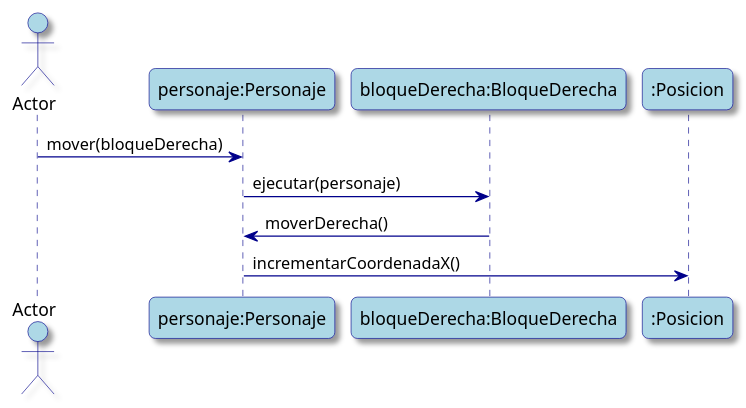
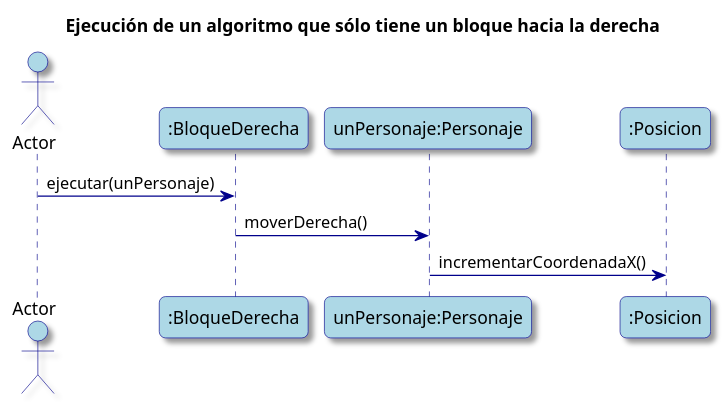
The second of 3 diagrams in diagramas-uml.puml (valva-ro/Algo3-TP2-AlgoBlocks), drawn with PlantUML before and after one commit. The commit also changed other lines of this file, not shown here.

Commit message:
Corregí diagramas-uml.puml

```diff
--- a/diagramas-uml.puml
+++ b/diagramas-uml.puml
@@ -120,31 +136,32 @@
 @startuml
 'Diagrama de secuencia para el caso de ejecución de un algoritmo con un solo bloque de mover a la derecha
 skinparam classAttributeIconSize 0
 skinparam backgroundColor White
 skinparam RoundCorner 10
 skinparam Shadowing true
 skinparam ArrowColor DarkBlue
 skinparam SequenceLifeLineBorderColor DarkBlue
 skinparam SequenceLoopBackgroundColor DarkBlue
 
 skinparam actor {
     BackgroundColor LightBlue
     BorderColor DarkBlue
 }
 
 skinparam participant {
     Bound DarkBlue
     BackgroundColor LightBlue
     BorderColor DarkBlue
 }
 
+title Ejecución de un algoritmo que sólo tiene un bloque hacia la derecha
+
 actor Actor
-participant "personaje:Personaje" as Personaje
-participant "bloqueDerecha:BloqueDerecha" as BloqueDerecha
+participant ":BloqueDerecha" as BloqueDerecha
+participant "unPersonaje:Personaje" as Personaje
 participant ":Posicion" as Posicion
 
-Actor -> Personaje : mover(bloqueDerecha)
-Personaje -> BloqueDerecha : ejecutar(personaje)
+Actor -> BloqueDerecha : ejecutar(unPersonaje)
 BloqueDerecha -> Personaje : moverDerecha()
 Personaje -> Posicion : incrementarCoordenadaX()
 @enduml
```
